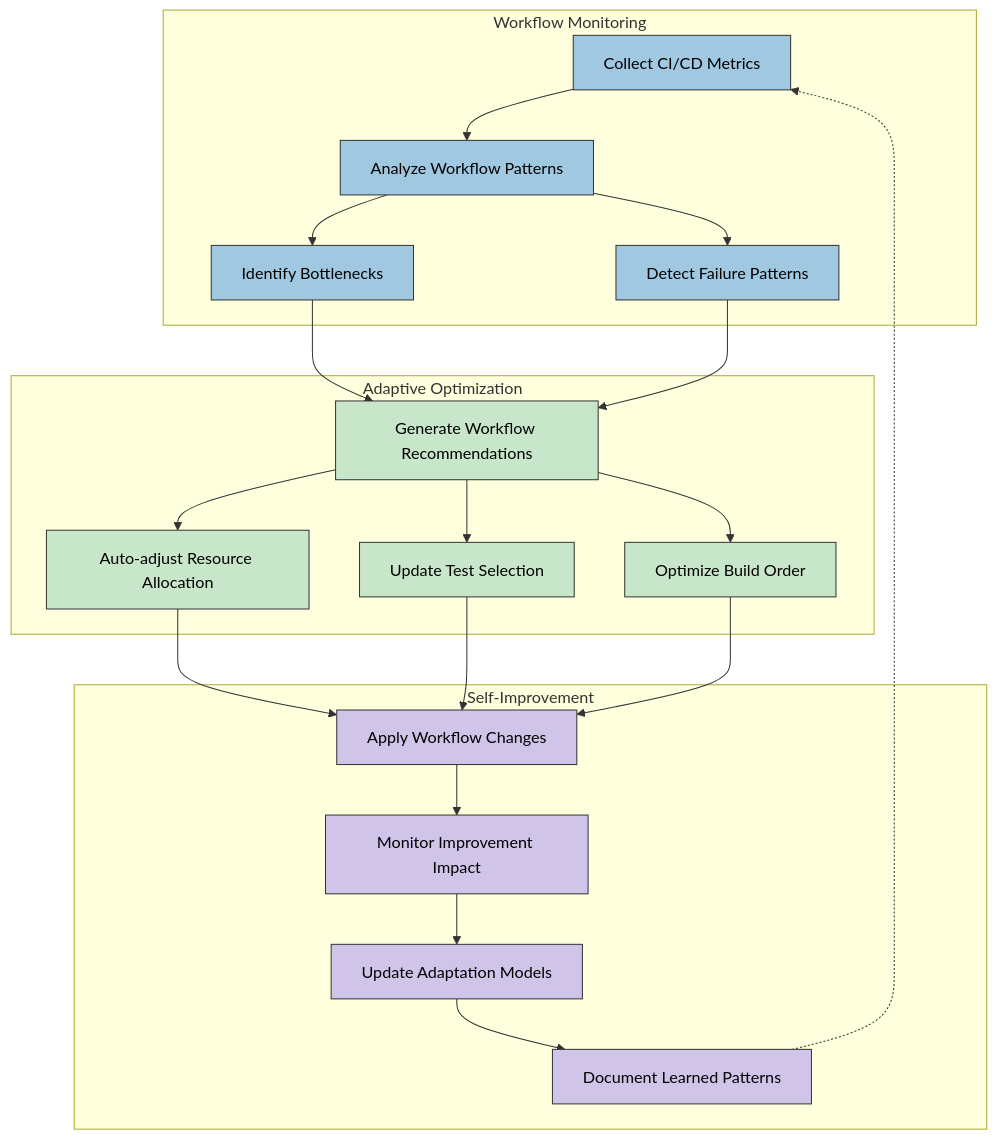
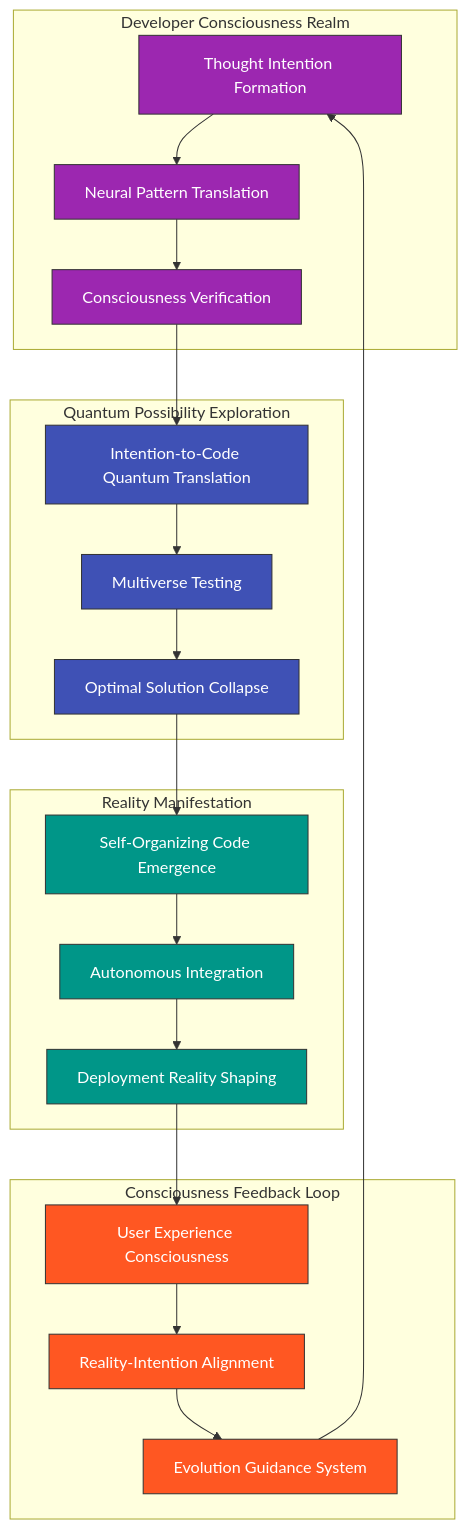
One commit to Hack23/cia changed the second of 4 diagrams in FUTURE_WORKFLOWS.md. Above: the diagram before and after it, drawn with Mermaid. The commit also changed other lines of this file and 7 other files, not shown here.

First line of the commit message:
Add Political Analytics Frameworks, Distribution Analysis Framework, and Security Architecture documentation (#7341)

````diff
--- a/FUTURE_WORKFLOWS.md
+++ b/FUTURE_WORKFLOWS.md
@@ -356,50 +106,41 @@
 ```mermaid
 graph TD
-    subgraph "Workflow Monitoring"
-        A[Collect CI/CD Metrics]
-        B[Analyze Workflow Patterns]
-        C[Identify Bottlenecks]
-        D[Detect Failure Patterns]
+    subgraph "Developer Consciousness Realm"
+        DC1[Thought Intention Formation]
+        DC2[Neural Pattern Translation]
+        DC3[Consciousness Verification]
     end
     
-    subgraph "Adaptive Optimization"
-        E[Generate Workflow Recommendations]
-        F[Auto-adjust Resource Allocation]
-        G[Update Test Selection]
-        H[Optimize Build Order]
+    subgraph "Quantum Possibility Exploration"
+        QP1[Intention-to-Code Quantum Translation]
+        QP2[Multiverse Testing]
+        QP3[Optimal Solution Collapse]
     end
     
-    subgraph "Self-Improvement"
-        I[Apply Workflow Changes]
-        J[Monitor Improvement Impact]
-        K[Update Adaptation Models]
-        L[Document Learned Patterns]
+    subgraph "Reality Manifestation"
+        RM1[Self-Organizing Code Emergence]
+        RM2[Autonomous Integration]
+        RM3[Deployment Reality Shaping]
     end
     
-    A --> B
-    B --> C
-    B --> D
-    C --> E
-    D --> E
+    subgraph "Consciousness Feedback Loop"
+        CF1[User Experience Consciousness]
+        CF2[Reality-Intention Alignment]
+        CF3[Evolution Guidance System]
+    end
     
-    E --> F
-    E --> G
-    E --> H
+    DC1 --> DC2 --> DC3 --> QP1
+    QP1 --> QP2 --> QP3 --> RM1
+    RM1 --> RM2 --> RM3 --> CF1
+    CF1 --> CF2 --> CF3 --> DC1
     
-    F --> I
-    G --> I
-    H --> I
+    classDef consciousness fill:#9C27B0,stroke:#333,stroke-width:1px,color:white
+    classDef quantum fill:#3F51B5,stroke:#333,stroke-width:1px,color:white
+    classDef reality fill:#009688,stroke:#333,stroke-width:1px,color:white
+    classDef feedback fill:#FF5722,stroke:#333,stroke-width:1px,color:white
     
-    I --> J
-    J --> K
-    K --> L
-    L -.-> A
-    
-    classDef monitoring fill:#a0c8e0,stroke:#333,stroke-width:1px,color:black
-    classDef optimization fill:#c8e6c9,stroke:#333,stroke-width:1px,color:black
-    classDef improvement fill:#d1c4e9,stroke:#333,stroke-width:1px,color:black
-    
-    class A,B,C,D monitoring
-    class E,F,G,H optimization
-    class I,J,K,L improvement
+    class DC1,DC2,DC3 consciousness
+    class QP1,QP2,QP3 quantum
+    class RM1,RM2,RM3 reality
+    class CF1,CF2,CF3 feedback
 ```
````
